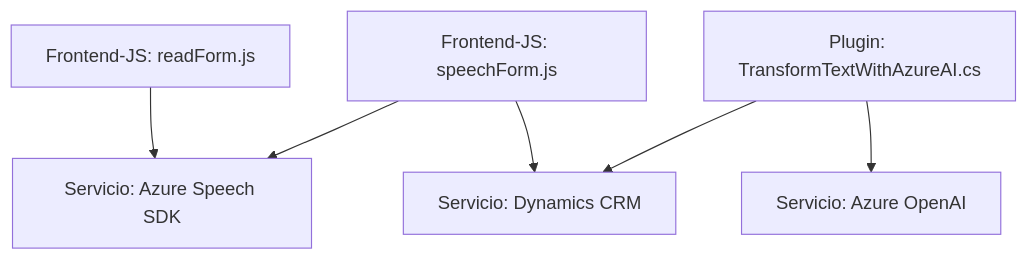
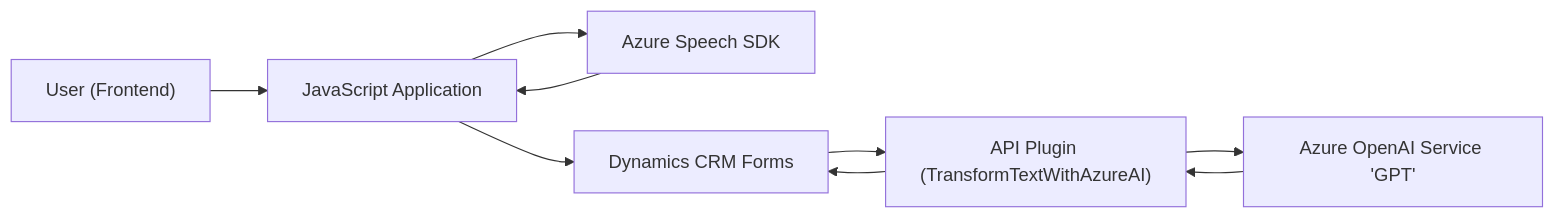
One commit to blopezdm/NETCORE_BILBAO2025 changed the diagram in README.md. Above: the diagram before and after it, drawn with Mermaid. The commit also changed other lines of this file, not shown here.

````diff
--- a/README.md
+++ b/README.md
@@ -41,16 +38,11 @@
 ```mermaid
-graph TD
-    A["Frontend-JS: readForm.js"]
-    B["Frontend-JS: speechForm.js"]
-    C["Plugin: TransformTextWithAzureAI.cs"]
-
-    AzureSpeechSDK["Servicio: Azure Speech SDK"]
-    AzureOpenAI["Servicio: Azure OpenAI"]
-    DynamicsCRM["Servicio: Dynamics CRM"]
-
-    A --> AzureSpeechSDK
-    B --> AzureSpeechSDK
-    B --> DynamicsCRM
-    C --> AzureOpenAI
-    C --> DynamicsCRM
+graph LR
+    A["User (Frontend)"] --> B["JavaScript Application"]
+    B --> C["Azure Speech SDK"]
+    B --> D["Dynamics CRM Forms"]
+    D --> E["API Plugin (TransformTextWithAzureAI)"]
+    E --> F["Azure OpenAI Service 'GPT'"]
+    F --> E
+    E --> D
+    C --> B
 ```
````
